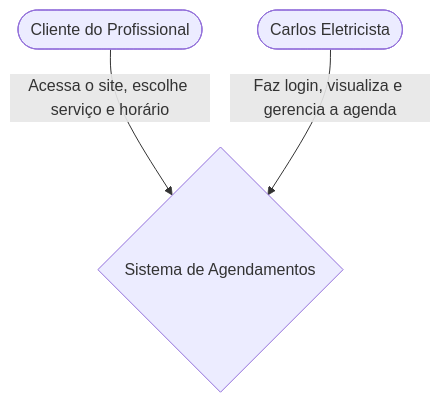
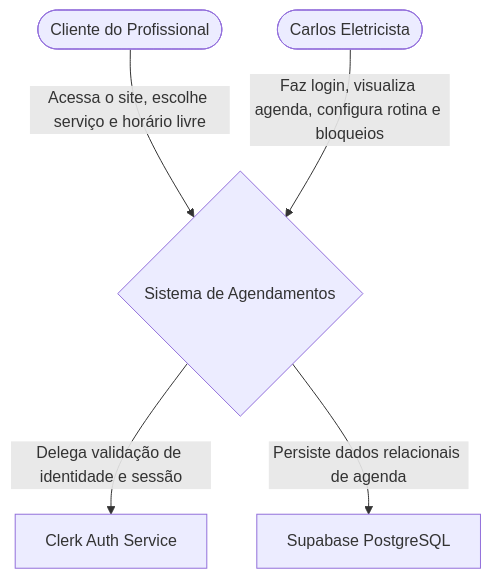
One commit to A-Mafioletti/Gerenciador-de-Agendamentos changed the first of 5 diagrams in docs/c4_model.md. Above: the diagram before and after it, drawn with Mermaid. The commit also changed other lines of this file and 39 other files, not shown here.

````diff
--- a/docs/c4_model.md
+++ b/docs/c4_model.md
@@ -13,9 +13,13 @@
 ```mermaid
 flowchart TD
     Cliente([Cliente do Profissional])
     Profissional([Carlos Eletricista])
     Sistema{Sistema de Agendamentos}
+    Clerk[Clerk Auth Service]
+    Supabase[Supabase PostgreSQL]
 
-    Cliente -->|Acessa o site, escolhe serviço e horário| Sistema
-    Profissional -->|Faz login, visualiza e gerencia a agenda| Sistema
+    Cliente -->|Acessa o site, escolhe serviço e horário livre| Sistema
+    Profissional -->|Faz login, visualiza agenda, configura rotina e bloqueios| Sistema
+    Sistema -->|Delega validação de identidade e sessão| Clerk
+    Sistema -->|Persiste dados relacionais de agenda| Supabase
 ```
````
